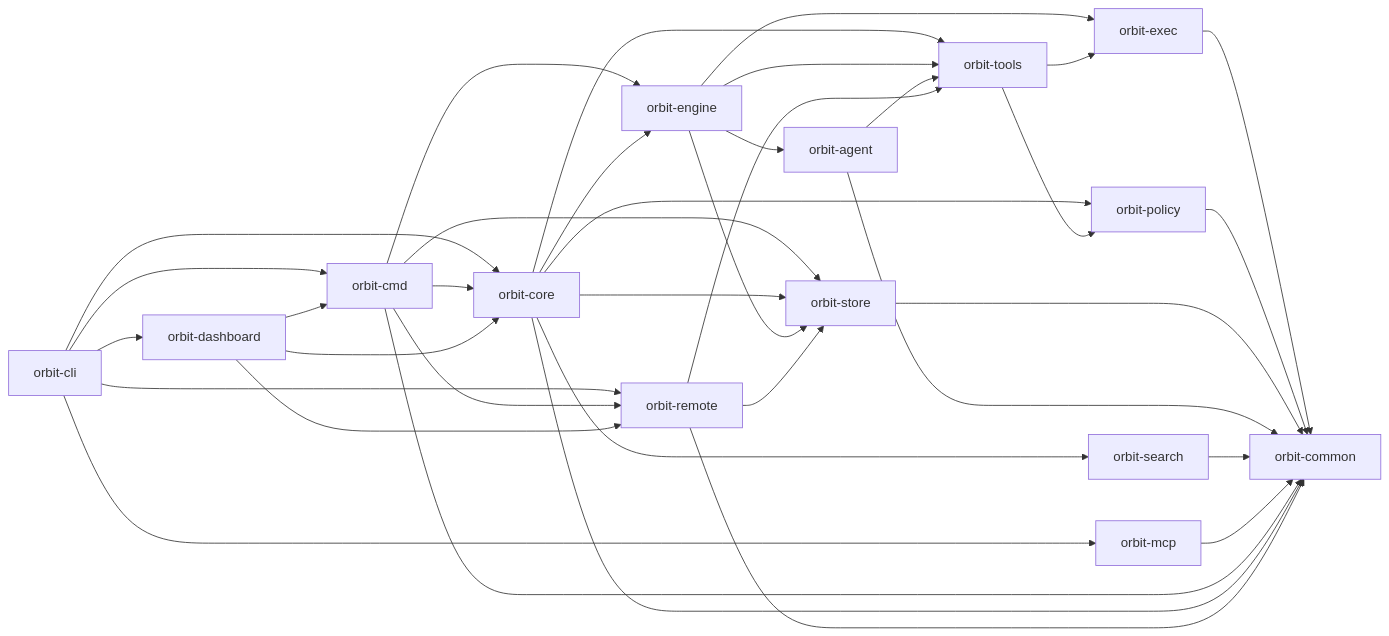
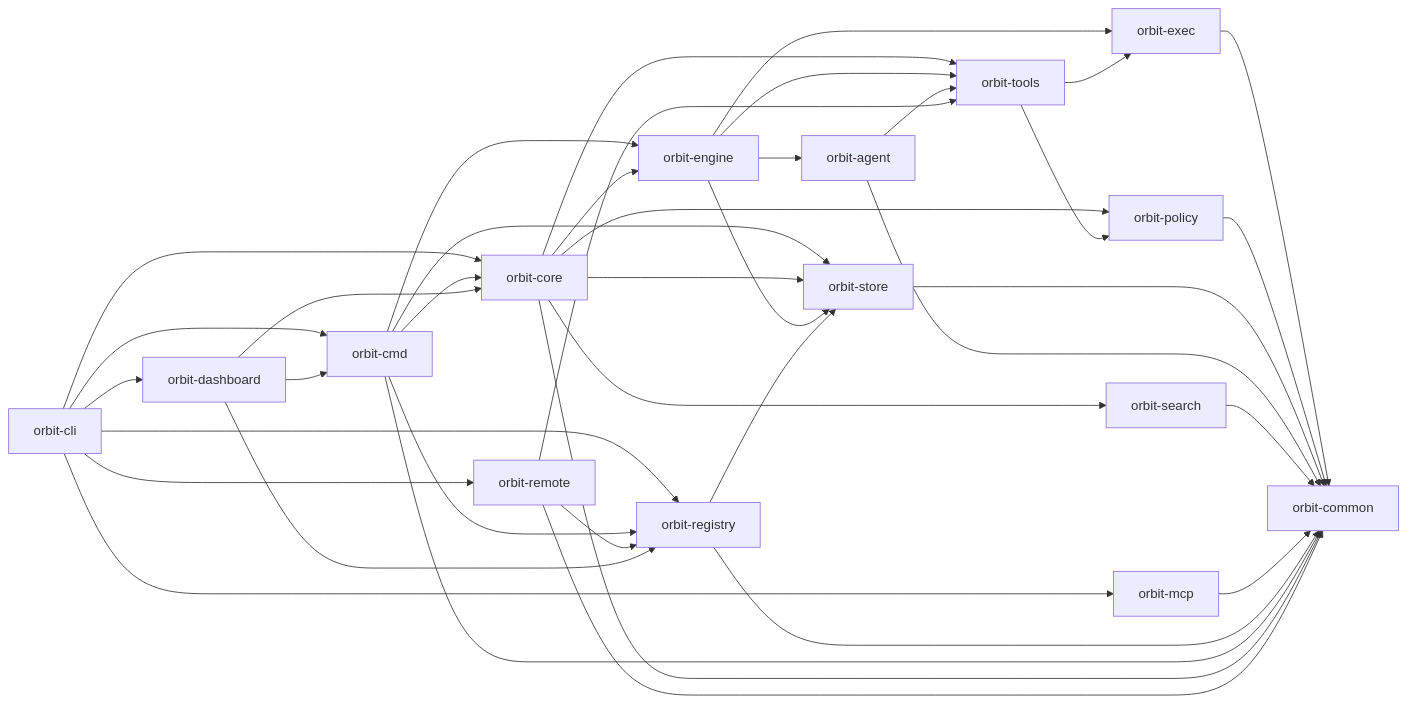
The diagram in ARCHITECTURE.md (danieljhkim/orbit), drawn with Mermaid before and after one commit. The commit also changed other lines of this file and 81 other files, not shown here.

Commit message:
refactor: extract registry domain from remote

````diff
--- a/ARCHITECTURE.md
+++ b/ARCHITECTURE.md
@@ -5,38 +5,41 @@
 ```mermaid
 flowchart LR
   CLI["orbit-cli"] --> Core["orbit-core"]
   CLI --> Cmd["orbit-cmd"]
+  CLI --> Registry["orbit-registry"]
   CLI --> Remote["orbit-remote"]
   CLI --> MCP["orbit-mcp"]
   CLI --> Dashboard["orbit-dashboard"]
   Cmd --> Core
   Cmd --> Engine
-  Cmd --> Remote
+  Cmd --> Registry
   Cmd --> Store
   Core --> Engine["orbit-engine"]
   Core --> Store["orbit-store"]
   Core --> Tools["orbit-tools"]
   Core --> Search["orbit-search"]
   Core --> Policy["orbit-policy"]
   Engine --> Agent["orbit-agent"]
   Engine --> Store
   Engine --> Exec["orbit-exec"]
   Engine --> Tools
   Agent --> Tools
   Tools --> Exec["orbit-exec"]
   Tools --> Policy
   Exec --> Common["orbit-common"]
   Policy --> Common
   Store --> Common
   Agent --> Common
   Search --> Common
   MCP --> Common
+  Registry --> Store
+  Registry --> Common
+  Remote --> Registry
   Dashboard["orbit-dashboard"] --> Core
   Dashboard --> Cmd
+  Dashboard --> Registry
   Cmd --> Common
   Core --> Common
-  Remote --> Store
   Remote --> Tools
   Remote --> Common
-  Dashboard --> Remote
 ```
````
